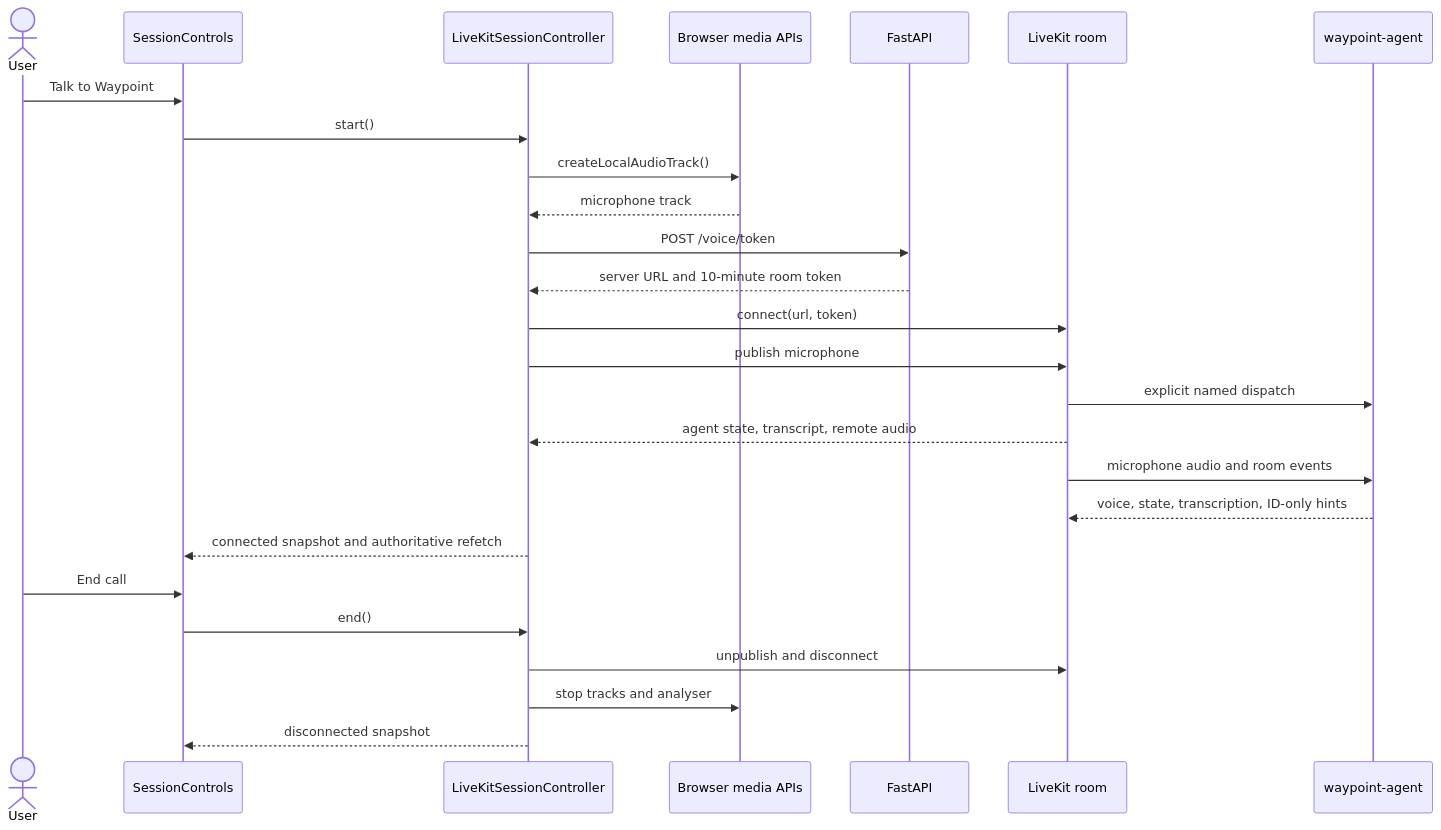
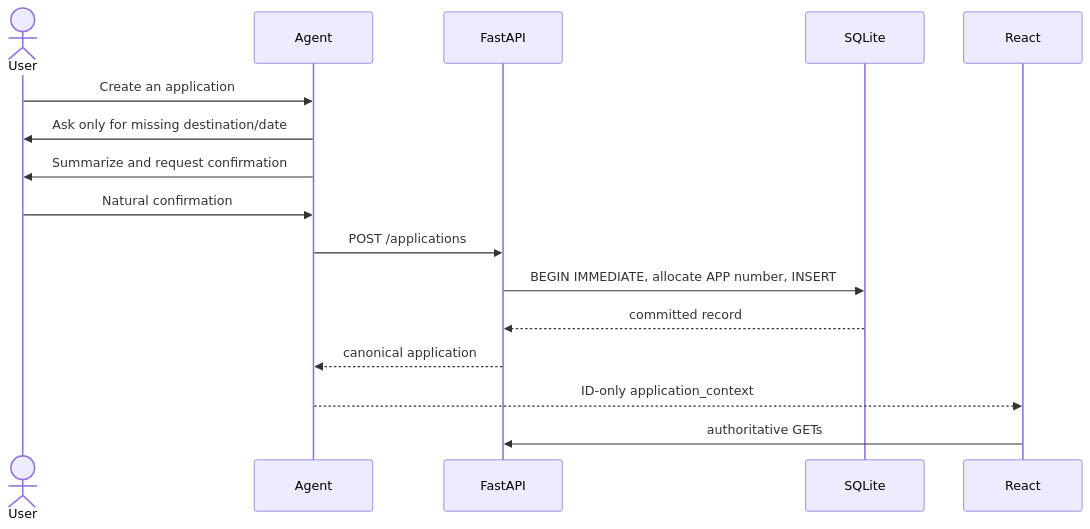
Before and after one commit to Parth-Bisht-227/waypoint-voice-ai: the sixth of 8 diagrams in docs/ARCHITECTURE.md, drawn with Mermaid. The commit also changed other lines of this file and 6 other files, not shown here.

````diff
--- a/docs/ARCHITECTURE.md
+++ b/docs/ARCHITECTURE.md
@@ -183,31 +260,19 @@
-```mermaid
+~~~mermaid
 sequenceDiagram
     actor User
-    participant UI as SessionControls
-    participant Controller as LiveKitSessionController
-    participant Browser as Browser media APIs
+    participant Agent
     participant API as FastAPI
-    participant Room as LiveKit room
-    participant Agent as waypoint-agent
+    participant DB as SQLite
+    participant UI as React
 
-    User->>UI: Talk to Waypoint
-    UI->>Controller: start()
-    Controller->>Browser: createLocalAudioTrack()
-    Browser-->>Controller: microphone track
-    Controller->>API: POST /voice/token
-
-    API-->>Controller: server URL and 10-minute room token
-    Controller->>Room: connect(url, token)
-    Controller->>Room: publish microphone
-    Room->>Agent: explicit named dispatch
-    Room-->>Controller: agent state, transcript, remote audio
-    Room->>Agent: microphone audio and room events
-    Agent-->>Room: voice, state, transcription, ID-only hints
-    Controller-->>UI: connected snapshot and authoritative refetch
-
-    User->>UI: End call
-    UI->>Controller: end()
-    Controller->>Room: unpublish and disconnect
-    Controller->>Browser: stop tracks and analyser
-    Controller-->>UI: disconnected snapshot
-```
+    User->>Agent: Create an application
+    Agent->>User: Ask only for missing destination/date
+    Agent->>User: Summarize and request confirmation
+    User->>Agent: Natural confirmation
+    Agent->>API: POST /applications
+    API->>DB: BEGIN IMMEDIATE, allocate APP number, INSERT
+    DB-->>API: committed record
+    API-->>Agent: canonical application
+    Agent-->>UI: ID-only application_context
+    UI->>API: authoritative GETs
+~~~
````
